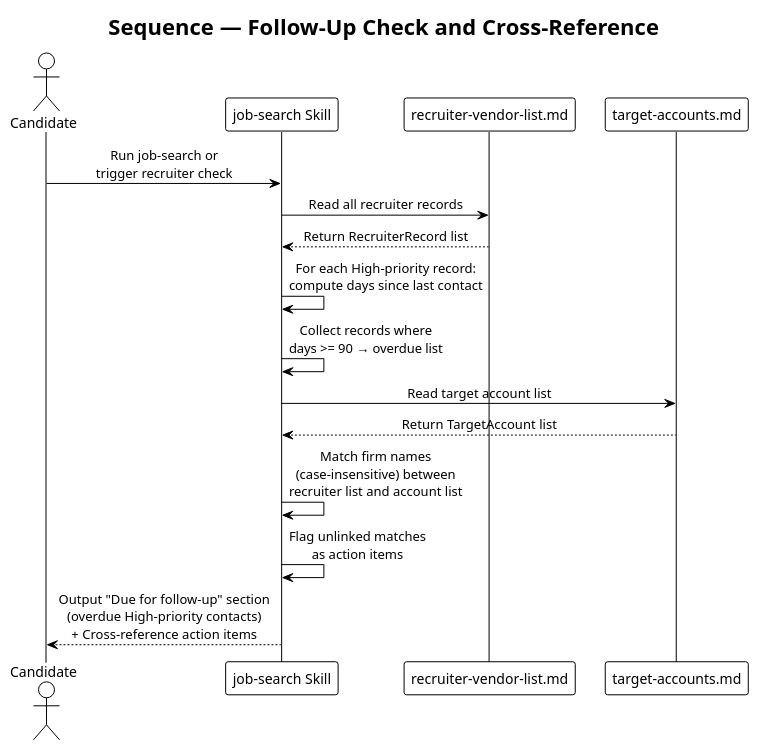
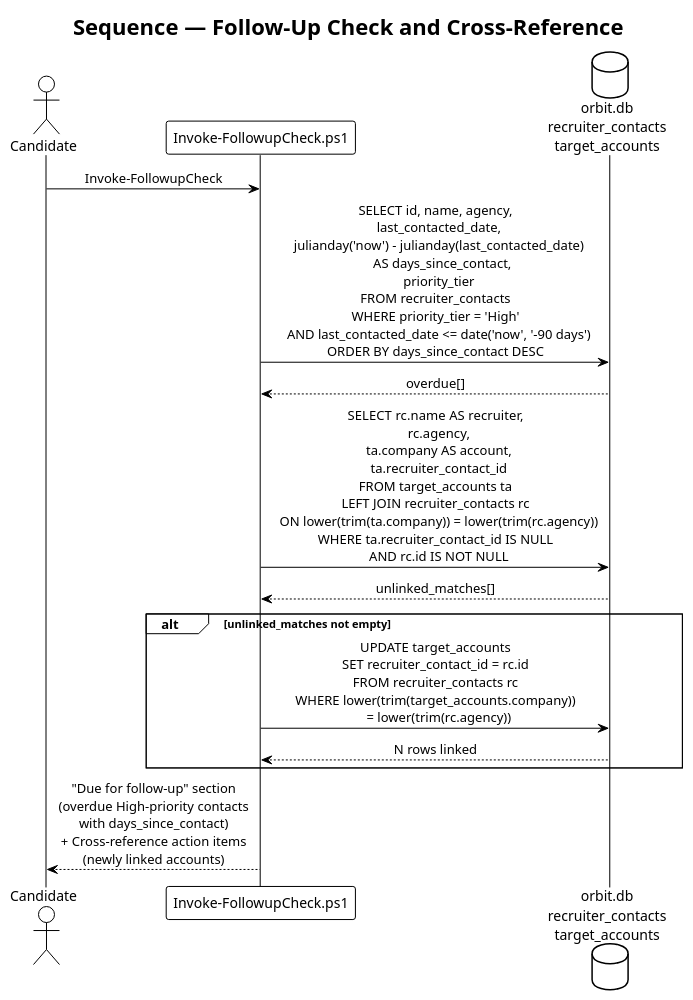
Before and after one commit to QuinntyneBrown/Orbit: the diagram in docs/detailed-designs/11-recruiter-relationship-management/diagrams/sequence_followup_check.puml, drawn with PlantUML. The commit also changed 4 other files, not shown here.

Commit message:
Update sequence diagrams for pipeline validation, role classification, outreach, recruiter follow-up, and startup validation

```diff
--- a/docs/detailed-designs/11-recruiter-relationship-management/diagrams/sequence_followup_check.puml
+++ b/docs/detailed-designs/11-recruiter-relationship-management/diagrams/sequence_followup_check.puml
@@ -1,27 +1,26 @@
 @startuml sequence_followup_check
 !theme plain
 skinparam sequenceMessageAlign center
 
 title Sequence — Follow-Up Check and Cross-Reference
 
 actor Candidate
-participant "job-search Skill" as Skill
-participant "recruiter-vendor-list.md" as RecruiterList
-participant "target-accounts.md" as TargetAccounts
+participant "Invoke-FollowupCheck.ps1" as Script
+database "orbit.db\nrecruiter_contacts\ntarget_accounts" as DB
 
-Candidate -> Skill : Run job-search or\ntrigger recruiter check
-Skill -> RecruiterList : Read all recruiter records
-RecruiterList --> Skill : Return RecruiterRecord list
+Candidate -> Script : Invoke-FollowupCheck
 
-Skill -> Skill : For each High-priority record:\ncompute days since last contact
-Skill -> Skill : Collect records where\ndays >= 90 → overdue list
+Script -> DB : SELECT id, name, agency,\n  last_contacted_date,\n  julianday('now') - julianday(last_contacted_date)\n    AS days_since_contact,\n  priority_tier\nFROM recruiter_contacts\nWHERE priority_tier = 'High'\n  AND last_contacted_date <= date('now', '-90 days')\nORDER BY days_since_contact DESC
+DB --> Script : overdue[]
 
-Skill -> TargetAccounts : Read target account list
-TargetAccounts --> Skill : Return TargetAccount list
+Script -> DB : SELECT rc.name AS recruiter,\n  rc.agency,\n  ta.company AS account,\n  ta.recruiter_contact_id\nFROM target_accounts ta\nLEFT JOIN recruiter_contacts rc\n  ON lower(trim(ta.company)) = lower(trim(rc.agency))\nWHERE ta.recruiter_contact_id IS NULL\n  AND rc.id IS NOT NULL
+DB --> Script : unlinked_matches[]
 
-Skill -> Skill : Match firm names\n(case-insensitive) between\nrecruiter list and account list
-Skill -> Skill : Flag unlinked matches\nas action items
+alt unlinked_matches not empty
+    Script -> DB : UPDATE target_accounts\nSET recruiter_contact_id = rc.id\nFROM recruiter_contacts rc\nWHERE lower(trim(target_accounts.company))\n  = lower(trim(rc.agency))
+    DB --> Script : N rows linked
+end
 
-Skill --> Candidate : Output "Due for follow-up" section\n(overdue High-priority contacts)\n+ Cross-reference action items
+Script --> Candidate : "Due for follow-up" section\n(overdue High-priority contacts\nwith days_since_contact)\n+ Cross-reference action items\n(newly linked accounts)
 
 @enduml
```
